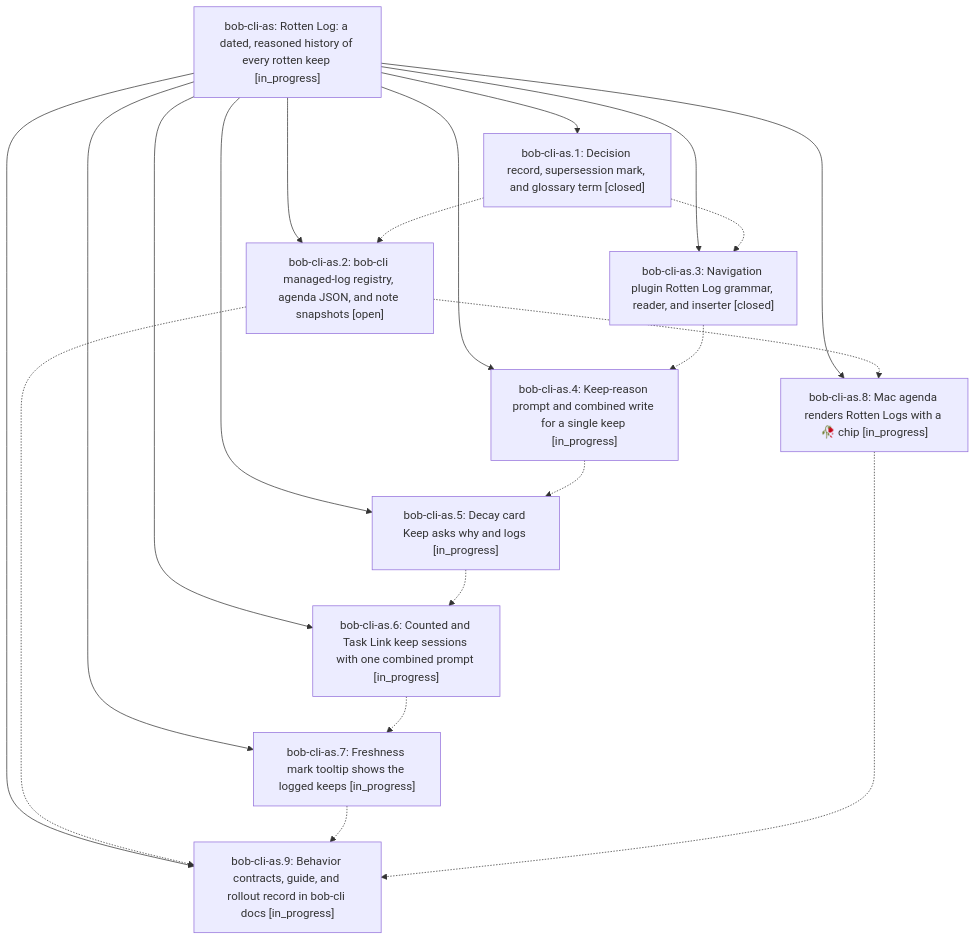
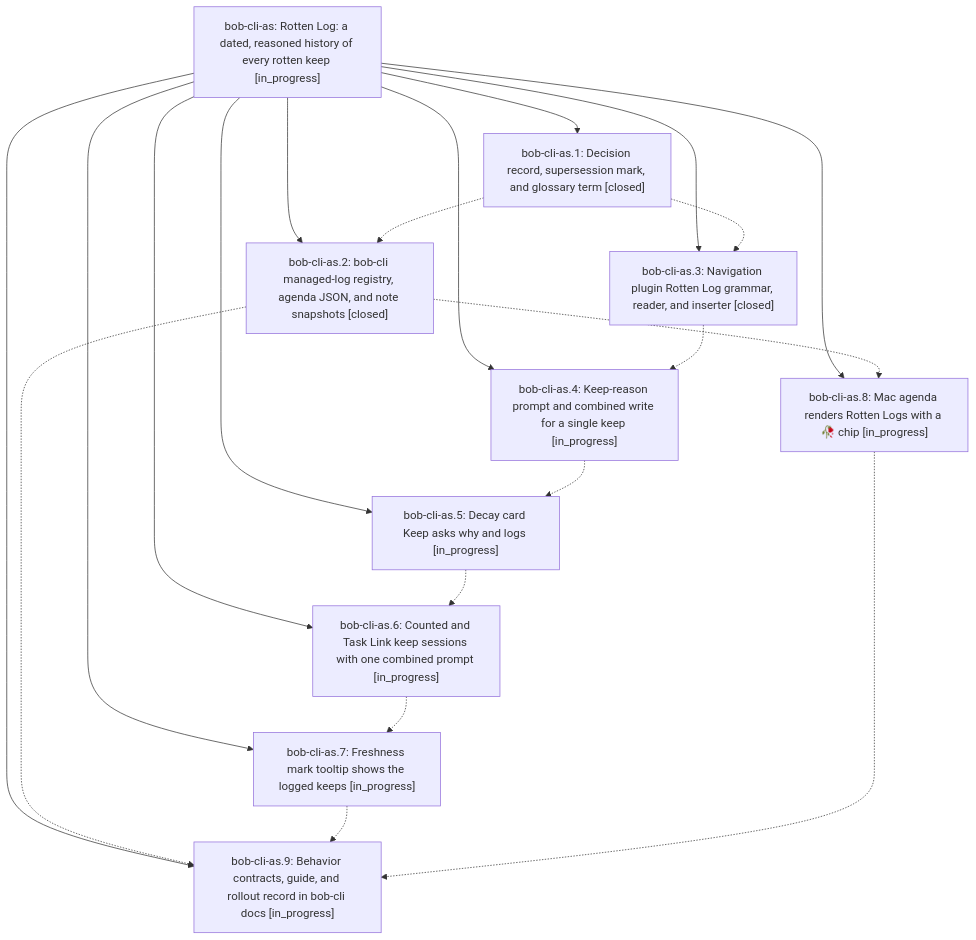
The diagram in pages/bob-cli-as/README.md (bobs-org/bob-cli--beads), drawn with Mermaid before and after one commit. The commit also changed other lines of this file and 5 other files, not shown here.

First line of the commit message:
chore(beads): sync bead state and pages for bob-cli-as

````diff
--- a/pages/bob-cli-as/README.md
+++ b/pages/bob-cli-as/README.md
@@ -30,32 +30,32 @@
 ```mermaid
 flowchart TD
     n0["bob-cli-as: Rotten Log: a dated, reasoned history of every rotten keep [in_progress]"]
     n1["bob-cli-as.1: Decision record, supersession mark, and glossary term [closed]"]
-    n2["bob-cli-as.2: bob-cli managed-log registry, agenda JSON, and note snapshots [open]"]
+    n2["bob-cli-as.2: bob-cli managed-log registry, agenda JSON, and note snapshots [closed]"]
     n3["bob-cli-as.3: Navigation plugin Rotten Log grammar, reader, and inserter [closed]"]
     n4["bob-cli-as.4: Keep-reason prompt and combined write for a single keep [in_progress]"]
     n5["bob-cli-as.5: Decay card Keep asks why and logs [in_progress]"]
     n6["bob-cli-as.6: Counted and Task Link keep sessions with one combined prompt [in_progress]"]
     n7["bob-cli-as.7: Freshness mark tooltip shows the logged keeps [in_progress]"]
     n8["bob-cli-as.8: Mac agenda renders Rotten Logs with a 🥀 chip [in_progress]"]
     n9["bob-cli-as.9: Behavior contracts, guide, and rollout record in bob-cli docs [in_progress]"]
     n0 --> n1
     n0 --> n2
     n0 --> n3
     n0 --> n4
     n0 --> n5
     n0 --> n6
     n0 --> n7
     n0 --> n8
     n0 --> n9
     n1 -.-> n2
     n1 -.-> n3
     n2 -.-> n8
     n2 -.-> n9
     n3 -.-> n4
     n4 -.-> n5
     n5 -.-> n6
     n6 -.-> n7
     n7 -.-> n9
     n8 -.-> n9
 ```
````
